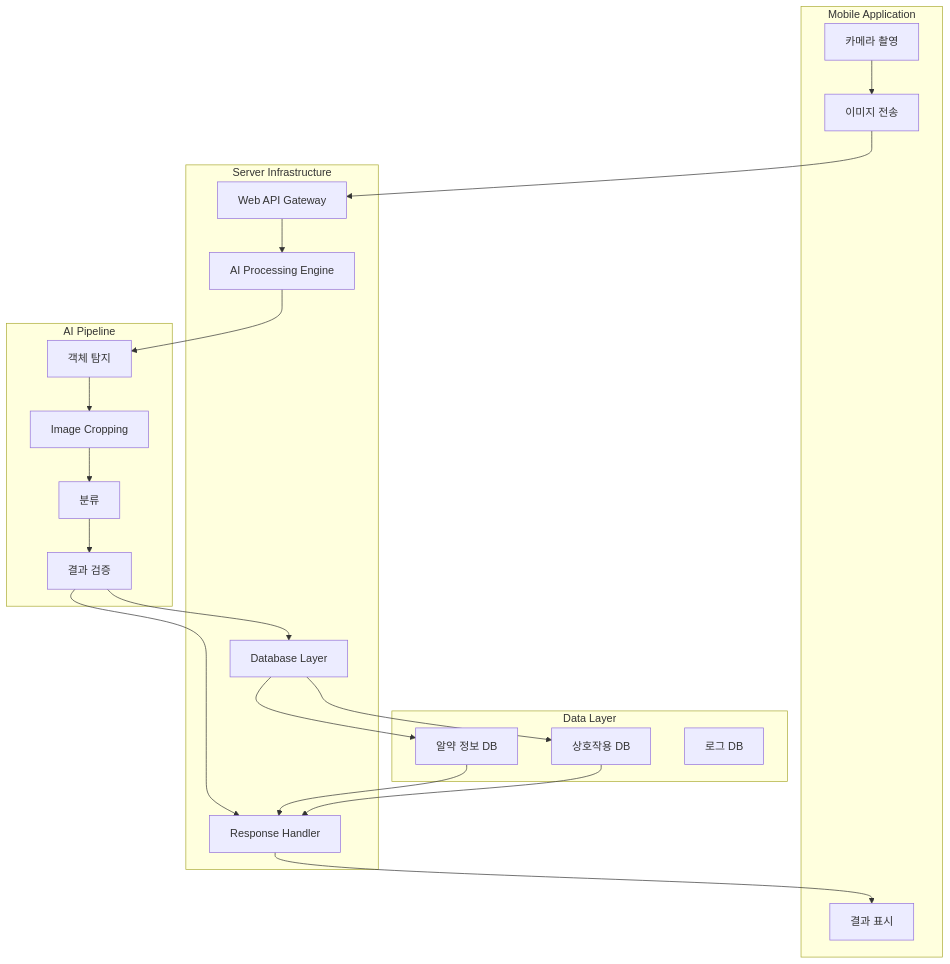
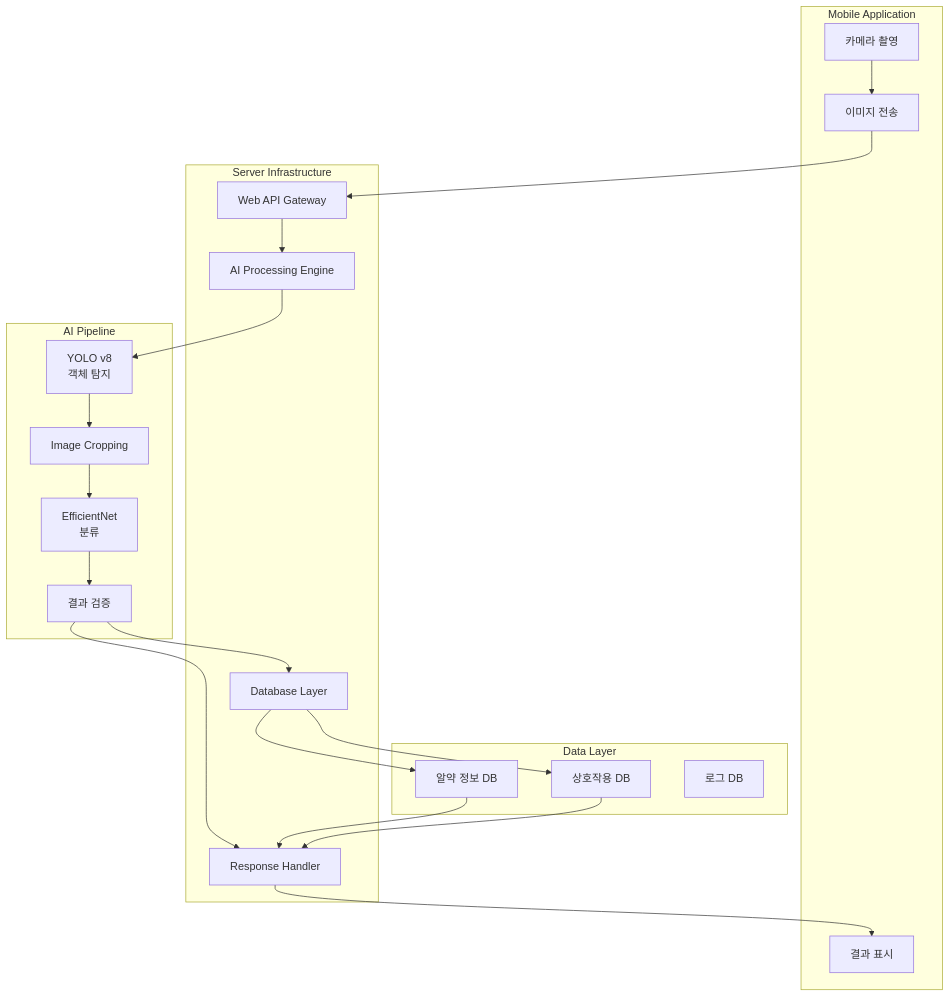
One commit to c0z0c/codeit_ai_health_eat changed the second of 12 diagrams in docs/md/아키텍처설계_v2.md. Above: the diagram before and after it, drawn with Mermaid. The commit also changed other lines of this file and 1 other file, not shown here.

````diff
--- a/docs/md/아키텍처설계_v2.md
+++ b/docs/md/아키텍처설계_v2.md
@@ -37,43 +37,43 @@
 ```mermaid
 graph TB
     subgraph "Mobile Application"
         M1["카메라 촬영"]
         M2["이미지 전송"]
         M3["결과 표시"]
     end
     
     subgraph "Server Infrastructure"
         S1["Web API Gateway"]
         S2["AI Processing Engine"]
         S3["Database Layer"]
         S4["Response Handler"]
     end
     
     subgraph "AI Pipeline"
-        AI1["객체 탐지"]
+        AI1["YOLO v8<br/>객체 탐지"]
         AI2["Image Cropping"]
-        AI3["분류"]
+        AI3["EfficientNet<br/>분류"]
         AI4["결과 검증"]
     end
     
     subgraph "Data Layer"
         DB1["알약 정보 DB"]
         DB2["상호작용 DB"]
         DB3["로그 DB"]
     end
     
     M1 --> M2
     M2 --> S1
     S1 --> S2
     S2 --> AI1
     AI1 --> AI2
     AI2 --> AI3
     AI3 --> AI4
     AI4 --> S3
     S3 --> DB1
     S3 --> DB2
     AI4 --> S4
     DB1 --> S4
     DB2 --> S4
     S4 --> M3
 ```
````
